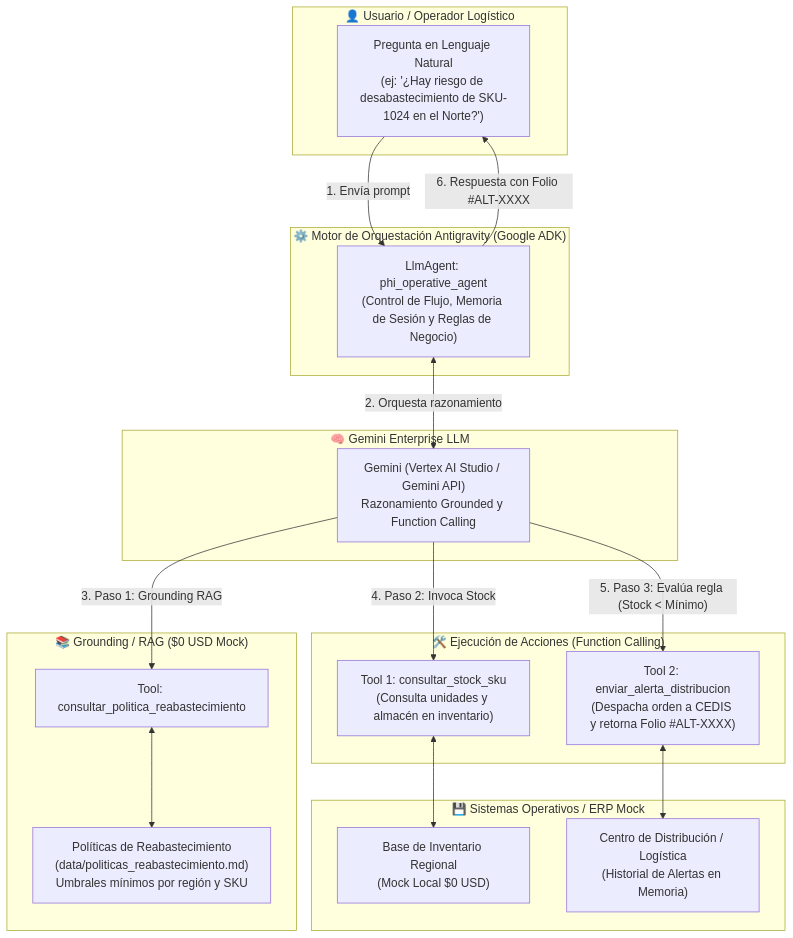
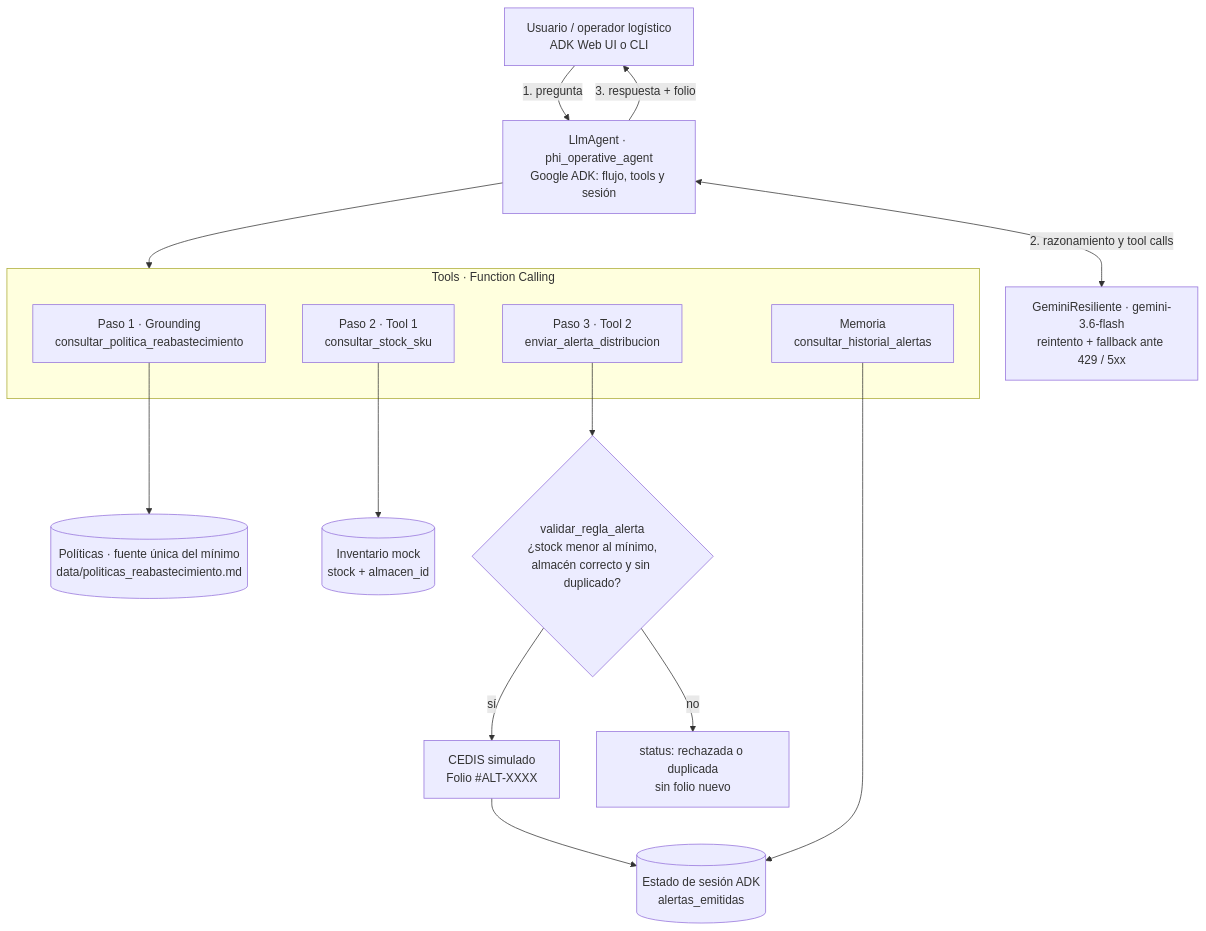
The diagram in README.md (AlonsoEsc/phi-operative-agent), drawn with Mermaid before and after one commit. The commit also changed other lines of this file and 3 other files, not shown here.

First line of the commit message:
Corrige ejecución sin API Key, actualiza diagrama y guía de instalación del README

````diff
--- a/README.md
+++ b/README.md
@@ -13,39 +13,32 @@
 ```mermaid
 flowchart TD
-    subgraph Usuario["👤 Usuario / Operador Logístico"]
-        U["Pregunta en Lenguaje Natural\n(ej: '¿Hay riesgo de desabastecimiento de SKU-1024 en el Norte?')"]
+    U["Usuario / operador logístico<br/>ADK Web UI o CLI"]
+    A["LlmAgent · phi_operative_agent<br/>Google ADK: flujo, tools y sesión"]
+    G["GeminiResiliente · gemini-3.6-flash<br/>reintento + fallback ante 429 / 5xx"]
+
+    subgraph TOOLS["Tools · Function Calling"]
+        T0["Paso 1 · Grounding<br/>consultar_politica_reabastecimiento"]
+        T1["Paso 2 · Tool 1<br/>consultar_stock_sku"]
+        T2["Paso 3 · Tool 2<br/>enviar_alerta_distribucion"]
+        TH["Memoria<br/>consultar_historial_alertas"]
     end
 
-    subgraph Orquestacion["⚙️ Motor de Orquestación Antigravity (Google ADK)"]
-        ADK["LlmAgent: phi_operative_agent\n(Control de Flujo, Memoria de Sesión y Reglas de Negocio)"]
-    end
+    DOC[("Políticas · fuente única del mínimo<br/>data/politicas_reabastecimiento.md")]
+    INV[("Inventario mock<br/>stock + almacen_id")]
+    V{"validar_regla_alerta<br/>¿stock menor al mínimo,<br/>almacén correcto y sin duplicado?"}
+    CEDIS["CEDIS simulado<br/>Folio #ALT-XXXX"]
+    RECH["status: rechazada o duplicada<br/>sin folio nuevo"]
+    S[("Estado de sesión ADK<br/>alertas_emitidas")]
 
-    subgraph Cerebro["🧠 Gemini Enterprise LLM"]
-        GEM["Gemini (Vertex AI Studio / Gemini API)\nRazonamiento Grounded y Function Calling"]
-    end
-
-    subgraph Grounding["📚 Grounding / RAG ($0 USD Mock)"]
-        DOC["Políticas de Reabastecimiento\n(data/politicas_reabastecimiento.md)\nUmbrales mínimos por región y SKU"]
-        TOOL_RAG["Tool: consultar_politica_reabastecimiento"]
-    end
-
-    subgraph Tools["🛠️ Ejecución de Acciones (Function Calling)"]
-        TOOL_STOCK["Tool 1: consultar_stock_sku\n(Consulta unidades y almacén en inventario)"]
-        TOOL_ALERT["Tool 2: enviar_alerta_distribucion\n(Despacha orden a CEDIS y retorna Folio #ALT-XXXX)"]
-    end
-
-    subgraph Backend["💾 Sistemas Operativos / ERP Mock"]
-        INV["Base de Inventario Regional\n(Mock Local $0 USD)"]
-        CEDIS["Centro de Distribución / Logística\n(Historial de Alertas en Memoria)"]
-    end
-
-    U -->|"1. Envía prompt"| ADK
-    ADK <-->|"2. Orquesta razonamiento"| GEM
-    GEM -->|"3. Paso 1: Grounding RAG"| TOOL_RAG
-    TOOL_RAG <--> DOC
-    GEM -->|"4. Paso 2: Invoca Stock"| TOOL_STOCK
-    TOOL_STOCK <--> INV
-    GEM -->|"5. Paso 3: Evalúa regla (Stock < Mínimo)"| TOOL_ALERT
-    TOOL_ALERT <--> CEDIS
-    ADK -->|"6. Respuesta con Folio #ALT-XXXX"| U
+    U -->|"1. pregunta"| A
+    A <-->|"2. razonamiento y tool calls"| G
+    A --> TOOLS
+    T0 --> DOC
+    T1 --> INV
+    T2 --> V
+    V -->|"sí"| CEDIS
+    V -->|"no"| RECH
+    CEDIS --> S
+    TH --> S
+    A -->|"3. respuesta + folio"| U
 ```
````
